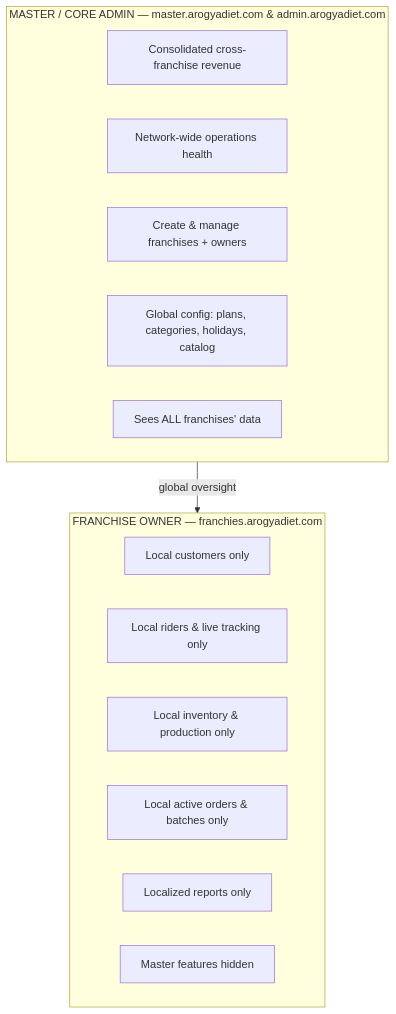
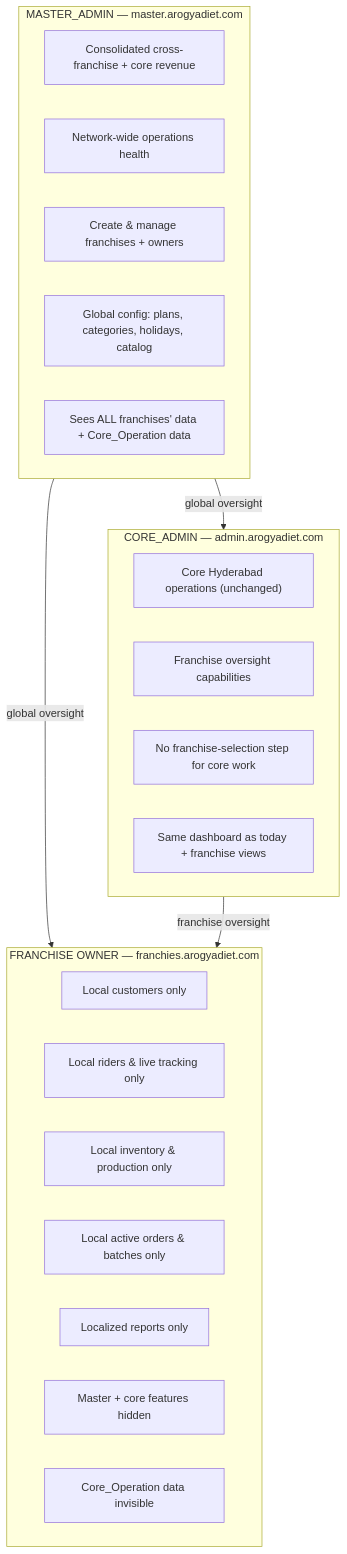
The third of 6 diagrams in .kiro/specs/multi-tenant-franchise/design.md (RaviBuilds/arogyadiet-dashboards), drawn with Mermaid before and after one commit. The commit also changed other lines of this file and 2 other files, not shown here.

````diff
--- a/.kiro/specs/multi-tenant-franchise/design.md
+++ b/.kiro/specs/multi-tenant-franchise/design.md
@@ -230,21 +233,31 @@
 ```mermaid
 graph TB
-    subgraph MASTER["MASTER / CORE ADMIN — master.arogyadiet.com & admin.arogyadiet.com"]
-        M1["Consolidated cross-franchise revenue"]
+    subgraph MASTER["MASTER_ADMIN — master.arogyadiet.com"]
+        M1["Consolidated cross-franchise + core revenue"]
         M2["Network-wide operations health"]
         M3["Create & manage franchises + owners"]
         M4["Global config: plans, categories, holidays, catalog"]
-        M5["Sees ALL franchises' data"]
+        M5["Sees ALL franchises' data + Core_Operation data"]
+    end
+
+    subgraph ADMIN["CORE_ADMIN — admin.arogyadiet.com"]
+        A1["Core Hyderabad operations (unchanged)"]
+        A2["Franchise oversight capabilities"]
+        A3["No franchise-selection step for core work"]
+        A4["Same dashboard as today + franchise views"]
     end
 
     subgraph FRANCHISE["FRANCHISE OWNER — franchies.arogyadiet.com"]
         F1["Local customers only"]
         F2["Local riders & live tracking only"]
         F3["Local inventory & production only"]
         F4["Local active orders & batches only"]
         F5["Localized reports only"]
-        F6["Master features hidden"]
+        F6["Master + core features hidden"]
+        F7["Core_Operation data invisible"]
     end
 
+    MASTER -->|"global oversight"| ADMIN
     MASTER -->|"global oversight"| FRANCHISE
+    ADMIN -->|"franchise oversight"| FRANCHISE
 ```
````
